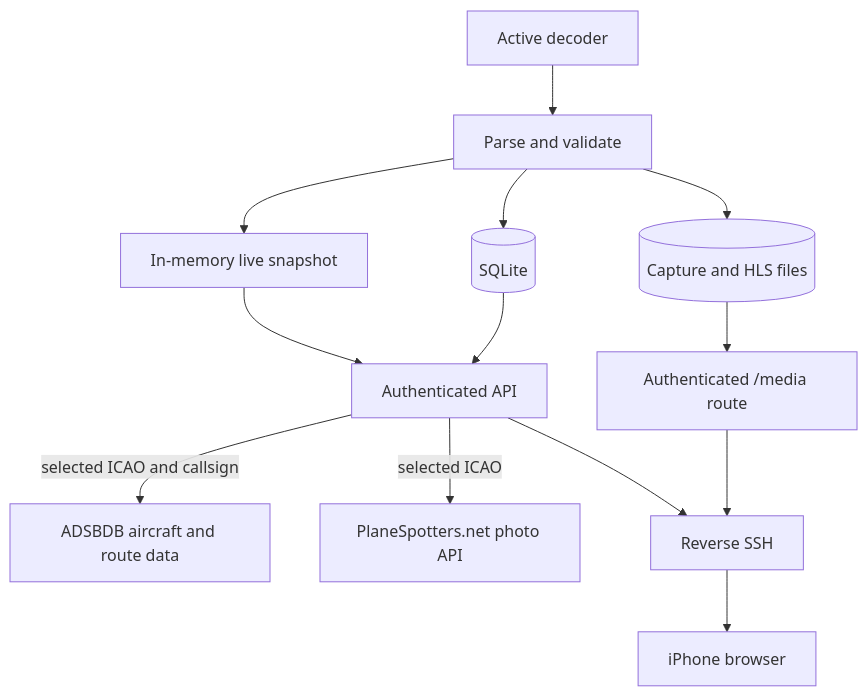
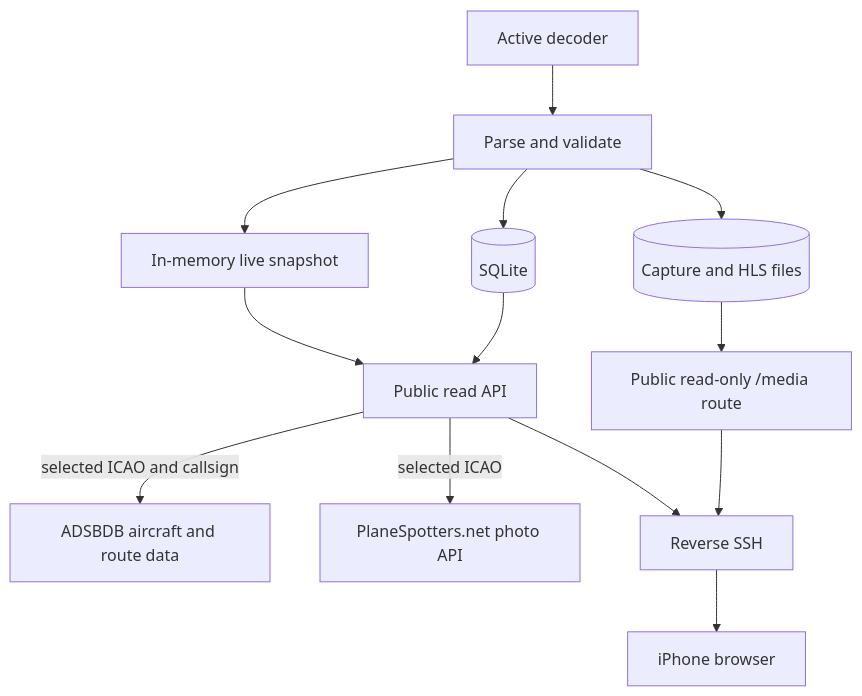
One commit to ramideltoro/skyglow changed the first of 3 diagrams in wiki/skyglow/data-api.md. Above: the diagram before and after it, drawn with Mermaid. The commit also changed other lines of this file and 17 other files, not shown here.

````diff
--- a/wiki/skyglow/data-api.md
+++ b/wiki/skyglow/data-api.md
@@ -7,15 +7,15 @@
 ```mermaid
 flowchart TD
     Receiver[Active decoder] --> Validate[Parse and validate]
     Validate --> Snapshot[In-memory live snapshot]
     Validate --> SQLite[(SQLite)]
     Validate --> Media[(Capture and HLS files)]
-    Snapshot --> API[Authenticated API]
+    Snapshot --> API[Public read API]
     SQLite --> API
-    Media --> MediaRoute[Authenticated /media route]
+    Media --> MediaRoute[Public read-only /media route]
     API -->|selected ICAO and callsign| ADSBDB[ADSBDB aircraft and route data]
     API -->|selected ICAO| Photos[PlaneSpotters.net photo API]
     API --> Tunnel[Reverse SSH]
     MediaRoute --> Tunnel
     Tunnel --> Browser[iPhone browser]
 ```
````
